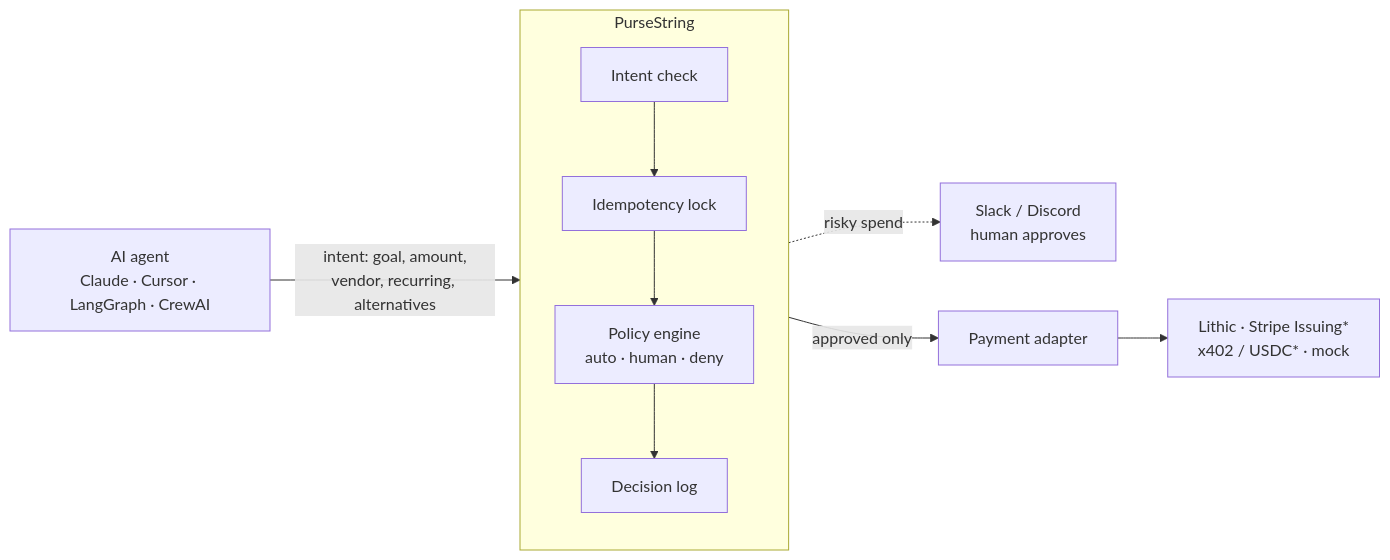
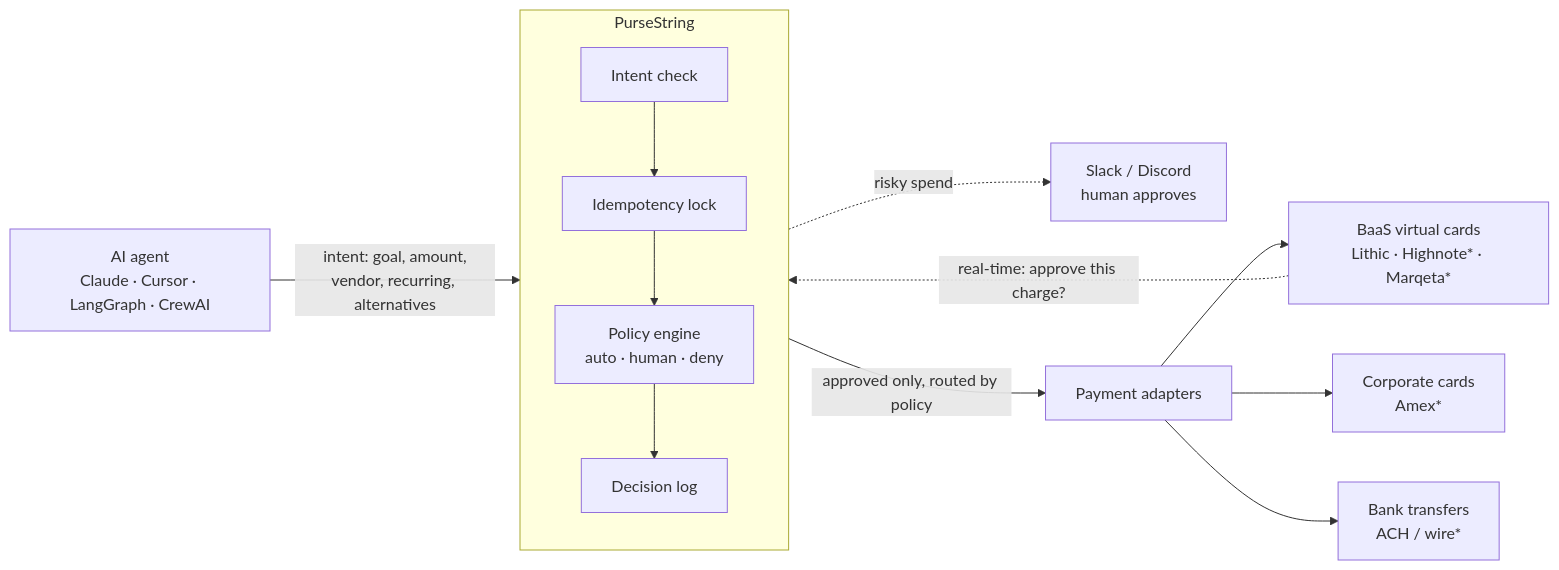
The diagram in README.md (suseendar1414/pursestring), drawn with Mermaid before and after one commit. The commit also changed other lines of this file and 25 other files, not shown here.

First line of the commit message:
Add policy-based rail routing, just-in-time authorization and short-lived cards

````diff
--- a/README.md
+++ b/README.md
@@ -137,11 +140,14 @@
 ```mermaid
 flowchart LR
   A["AI agent<br/>Claude · Cursor · LangGraph · CrewAI"] -->|"intent: goal, amount,<br/>vendor, recurring, alternatives"| S
   subgraph S["PurseString"]
     direction TB
     I["Intent check"] --> D["Idempotency lock"] --> P["Policy engine<br/>auto · human · deny"] --> L["Decision log"]
   end
   P -.->|"risky spend"| H["Slack / Discord<br/>human approves"]
-  S -->|"approved only"| R["Payment adapter"]
-  R --> C["Lithic · Stripe Issuing*<br/>x402 / USDC* · mock"]
+  S -->|"approved only, routed by policy"| R["Payment adapters"]
+  R --> C1["BaaS virtual cards<br/>Lithic · Highnote* · Marqeta*"]
+  R --> C2["Corporate cards<br/>Amex*"]
+  R --> C3["Bank transfers<br/>ACH / wire*"]
+  C1 -.->|"real-time: approve this charge?"| S
 ```
````
